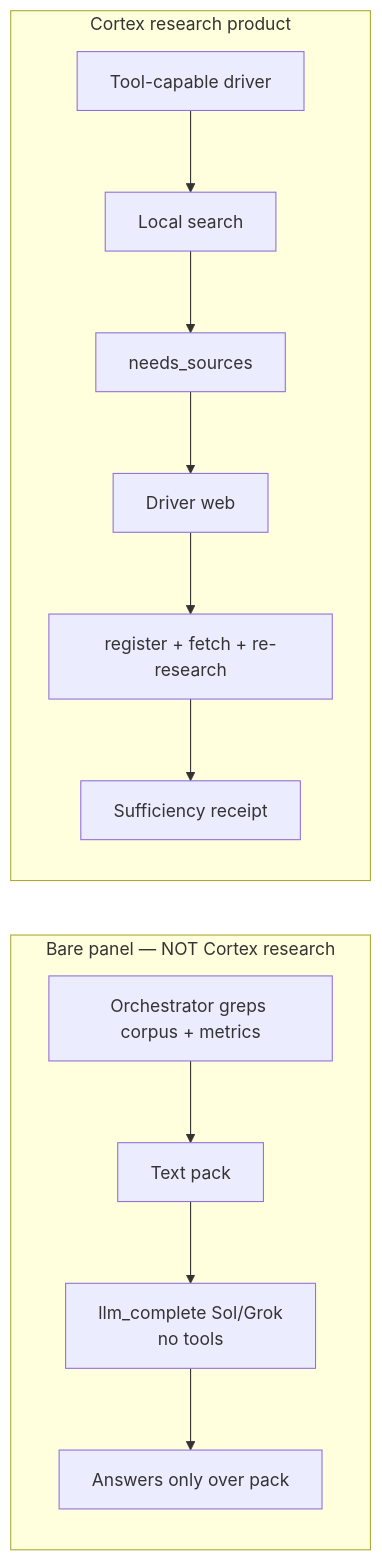
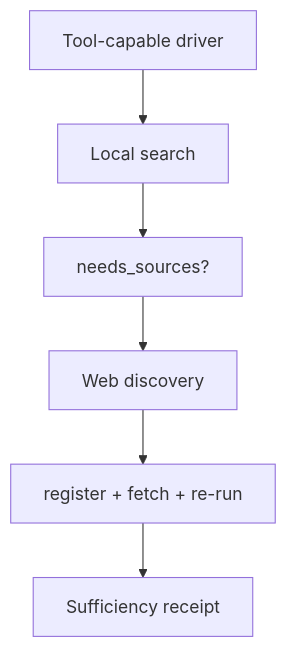
Before and after one commit to Pukujan/private-study-log: the fifth of 5 diagrams in cortex-research-path-flowchart-2026-07-19.md, drawn with Mermaid. The commit also changed other lines of this file, not shown here.

Commit message:
study-log: research path flowcharts v2 — vertical/mobile-first (M27)

````diff
--- a/cortex-research-path-flowchart-2026-07-19.md
+++ b/cortex-research-path-flowchart-2026-07-19.md
@@ -131,20 +112,8 @@
 ```mermaid
-flowchart LR
-  subgraph BAD["Bare panel — NOT Cortex research"]
-    O1[Orchestrator greps corpus + metrics]
-    P1[Text pack]
-    M1["llm_complete Sol/Grok<br/>no tools"]
-    A1[Answers only over pack]
-    O1 --> P1 --> M1 --> A1
-  end
-
-  subgraph GOOD["Cortex research product"]
-    O2[Tool-capable driver]
-    L2[Local search]
-    G2[needs_sources]
-    W2[Driver web]
-    R2[register + fetch + re-research]
-    S2[Sufficiency receipt]
-    O2 --> L2 --> G2 --> W2 --> R2 --> S2
-  end
+flowchart TB
+  O2["Tool-capable driver"] --> L2["Local search"]
+  L2 --> G2["needs_sources?"]
+  G2 --> W2["Web discovery"]
+  W2 --> R2["register + fetch + re-run"]
+  R2 --> S2["Sufficiency receipt"]
 ```
````
